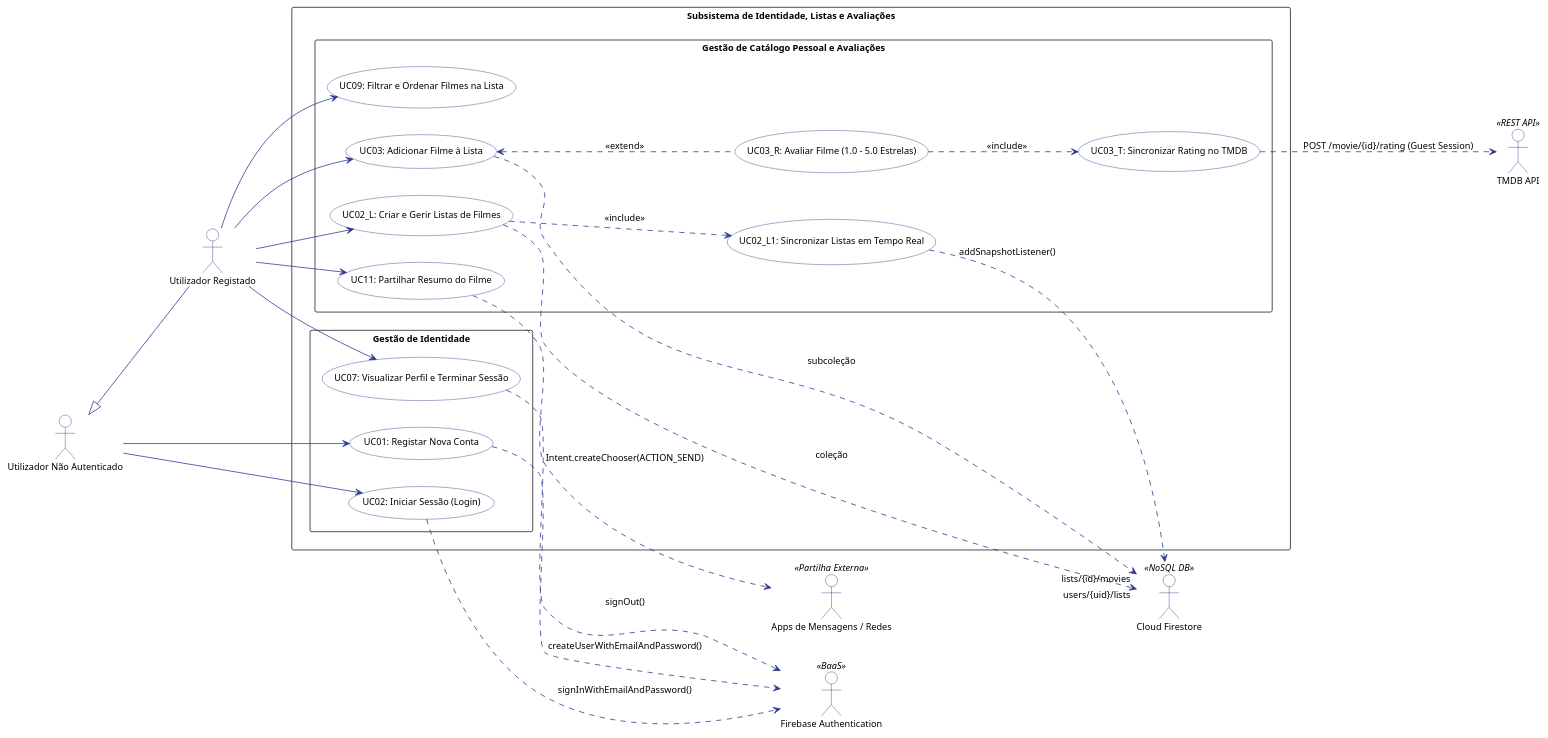
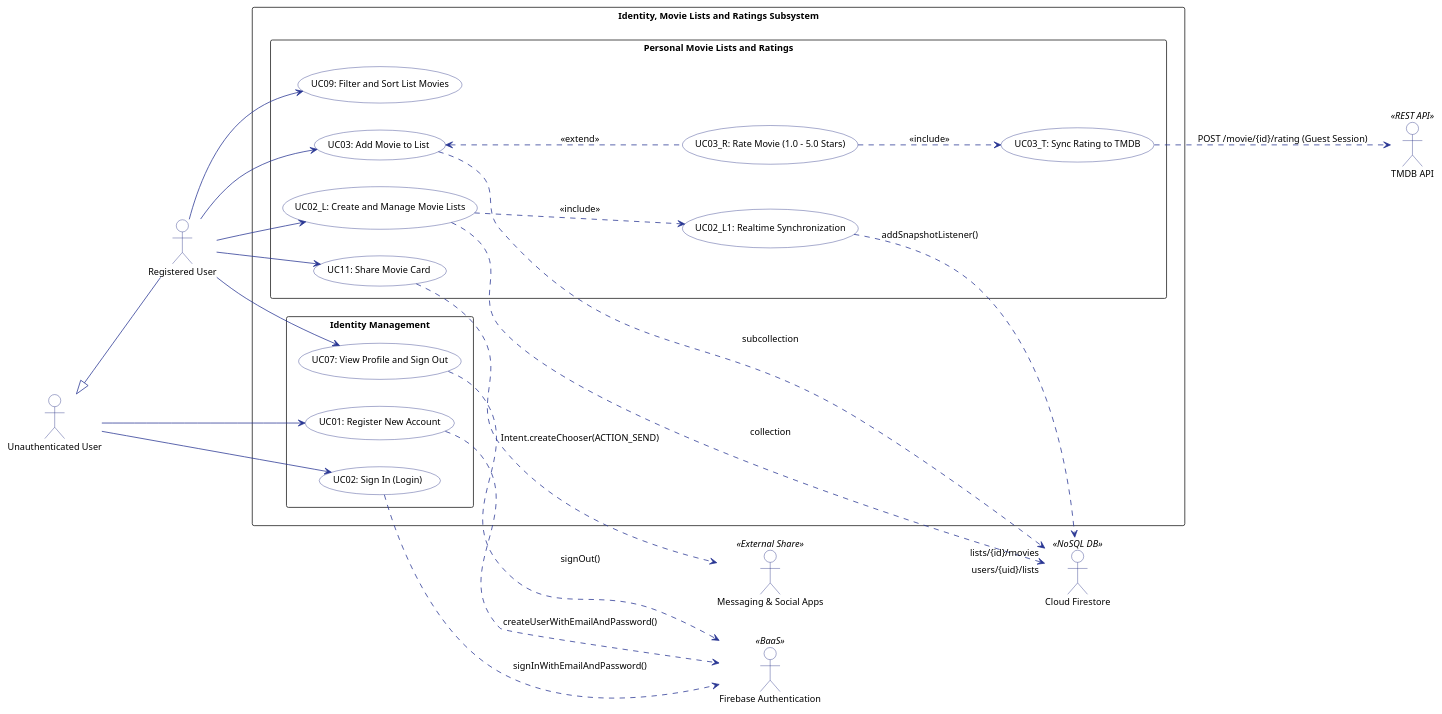
The diagram in docs/global-artifacts/puml/ucd_lists_auth.puml (Andre-1240567/DSSMV_ProjectDroid_1240567_1241013), drawn with PlantUML before and after one commit. The commit also changed 140 other files, not shown here.

Commit message:
docs: modularize use case diagrams individually into per-UC folders, eliminate handwritten warning box, translate diagrams strictly to English, update Overleaf template

```diff
--- a/docs/global-artifacts/puml/ucd_lists_auth.puml
+++ b/docs/global-artifacts/puml/ucd_lists_auth.puml
@@ -1,76 +1,75 @@
 @startuml
-skinparam handwritten false
 skinparam monochrome false
 skinparam shadowing false
 skinparam defaultFontName "Helvetica, Arial, sans-serif"
 skinparam defaultFontSize 12
 skinparam packageStyle rectangle
 
 skinparam actor {
     BackgroundColor #FFFFFF
     BorderColor #1A237E
 }
 
 skinparam usecase {
     BackgroundColor #FFFFFF
     BorderColor #1A237E
     ArrowColor #283593
 }
 
 left to right direction
 
-actor "Utilizador Não Autenticado" as Guest
-actor "Utilizador Registado" as AuthUser
+actor "Unauthenticated User" as Guest
+actor "Registered User" as AuthUser
 actor "Firebase Authentication" as FbAuth <<BaaS>>
 actor "Cloud Firestore" as Firestore <<NoSQL DB>>
 actor "TMDB API" as TMDB <<REST API>>
-actor "Apps de Mensagens / Redes" as SocialApps <<Partilha Externa>>
+actor "Messaging & Social Apps" as SocialApps <<External Share>>
 
 AuthUser -up-|> Guest
 
-rectangle "Subsistema de Identidade, Listas e Avaliações" {
-    package "Gestão de Identidade" {
-        usecase "UC01: Registar Nova Conta" as UC01
-        usecase "UC02: Iniciar Sessão (Login)" as UC02
-        usecase "UC07: Visualizar Perfil e Terminar Sessão" as UC07
+rectangle "Identity, Movie Lists and Ratings Subsystem" {
+    package "Identity Management" {
+        usecase "UC01: Register New Account" as UC01
+        usecase "UC02: Sign In (Login)" as UC02
+        usecase "UC07: View Profile and Sign Out" as UC07
     }
     
-    package "Gestão de Catálogo Pessoal e Avaliações" {
-        usecase "UC02_L: Criar e Gerir Listas de Filmes" as UC02_L
-        usecase "UC02_L1: Sincronizar Listas em Tempo Real" as UC02_L1
-        usecase "UC03: Adicionar Filme à Lista" as UC03
-        usecase "UC03_R: Avaliar Filme (1.0 - 5.0 Estrelas)" as UC03_R
-        usecase "UC03_T: Sincronizar Rating no TMDB" as UC03_T
-        usecase "UC09: Filtrar e Ordenar Filmes na Lista" as UC09
-        usecase "UC11: Partilhar Resumo do Filme" as UC11
+    package "Personal Movie Lists and Ratings" {
+        usecase "UC02_L: Create and Manage Movie Lists" as UC02_L
+        usecase "UC02_L1: Realtime Synchronization" as UC02_L1
+        usecase "UC03: Add Movie to List" as UC03
+        usecase "UC03_R: Rate Movie (1.0 - 5.0 Stars)" as UC03_R
+        usecase "UC03_T: Sync Rating to TMDB" as UC03_T
+        usecase "UC09: Filter and Sort List Movies" as UC09
+        usecase "UC11: Share Movie Card" as UC11
     }
 }
 
-' Acessos de Utilizador
+' User Access
 Guest --> UC01
 Guest --> UC02
 
 AuthUser --> UC07
 AuthUser --> UC02_L
 AuthUser --> UC03
 AuthUser --> UC09
 AuthUser --> UC11
 
-' Relações Internas
+' Internal Relationships
 UC02_L ..> UC02_L1 : <<include>>
 UC03 <.. UC03_R : <<extend>>
 UC03_R ..> UC03_T : <<include>>
 
-' Integrações com Sistemas Externos
+' Cloud and External Integrations
 UC01 ..> FbAuth : createUserWithEmailAndPassword()
 UC02 ..> FbAuth : signInWithEmailAndPassword()
 UC07 ..> FbAuth : signOut()
 
-UC02_L ..> Firestore : coleção "users/{uid}/lists"
+UC02_L ..> Firestore : collection "users/{uid}/lists"
 UC02_L1 ..> Firestore : addSnapshotListener()
-UC03 ..> Firestore : subcoleção "lists/{id}/movies"
+UC03 ..> Firestore : subcollection "lists/{id}/movies"
 UC03_T ..> TMDB : POST /movie/{id}/rating (Guest Session)
 
 UC11 ..> SocialApps : Intent.createChooser(ACTION_SEND)
 
 @enduml
```
